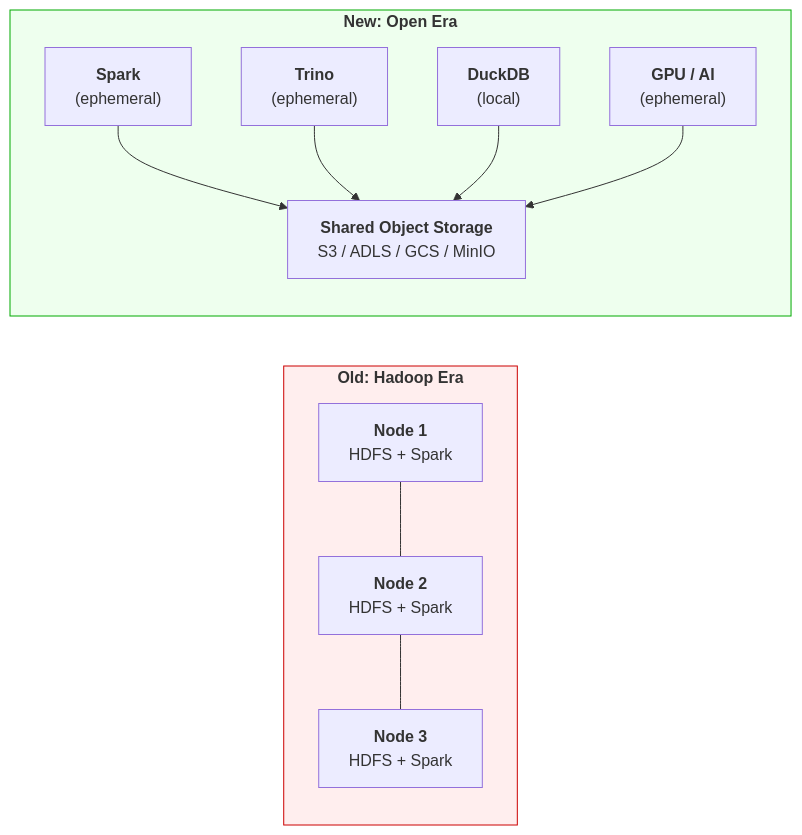
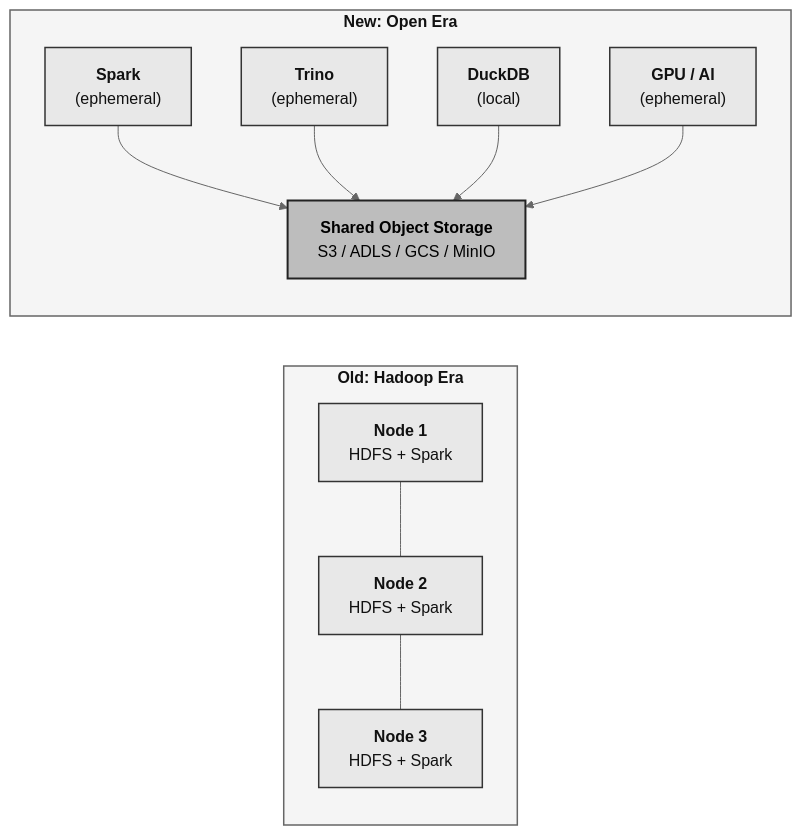
One commit to rilov/handbook changed the first of 7 diagrams in _topics/modern-containerized-open-data-stack.md. Above: the diagram before and after it, drawn with Mermaid. The commit also changed other lines of this file, not shown here.

Commit message:
Update mermaid diagrams to grayscale with larger readable fonts

```diff
--- a/_topics/modern-containerized-open-data-stack.md
+++ b/_topics/modern-containerized-open-data-stack.md
@@ -67,22 +67,27 @@
 <div class="mermaid">
+%%{init: {'theme':'neutral', 'themeVariables': {'fontSize':'16px', 'fontFamily':'Helvetica, Arial, sans-serif'}}}%%
 graph LR
     subgraph OLD["<b>Old: Hadoop Era</b>"]
         N1["<b>Node 1</b><br/>HDFS + Spark"]
         N2["<b>Node 2</b><br/>HDFS + Spark"]
         N3["<b>Node 3</b><br/>HDFS + Spark"]
         N1 --- N2 --- N3
     end
     subgraph NEW["<b>New: Open Era</b>"]
         S["<b>Shared Object Storage</b><br/>S3 / ADLS / GCS / MinIO"]
         C1["<b>Spark</b><br/>(ephemeral)"]
         C2["<b>Trino</b><br/>(ephemeral)"]
         C3["<b>DuckDB</b><br/>(local)"]
         C4["<b>GPU / AI</b><br/>(ephemeral)"]
         C1 --> S
         C2 --> S
         C3 --> S
         C4 --> S
     end
-    style OLD fill:#fee,stroke:#c00
-    style NEW fill:#efe,stroke:#0a0
+    classDef gray fill:#e8e8e8,stroke:#333,stroke-width:1.5px,color:#111
+    classDef darkgray fill:#bdbdbd,stroke:#222,stroke-width:2px,color:#000
+    class N1,N2,N3,C1,C2,C3,C4 gray
+    class S darkgray
+    style OLD fill:#f5f5f5,stroke:#666,stroke-width:1.5px,color:#111
+    style NEW fill:#f5f5f5,stroke:#666,stroke-width:1.5px,color:#111
 </div>
```
